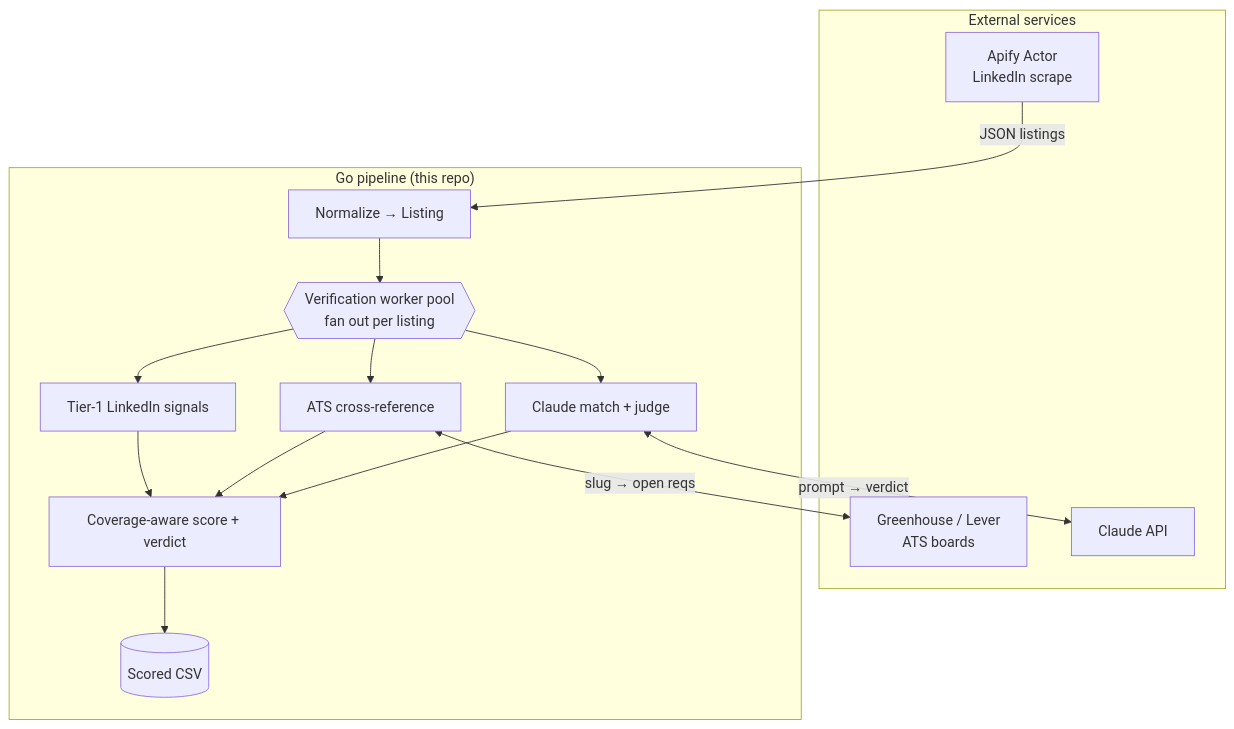
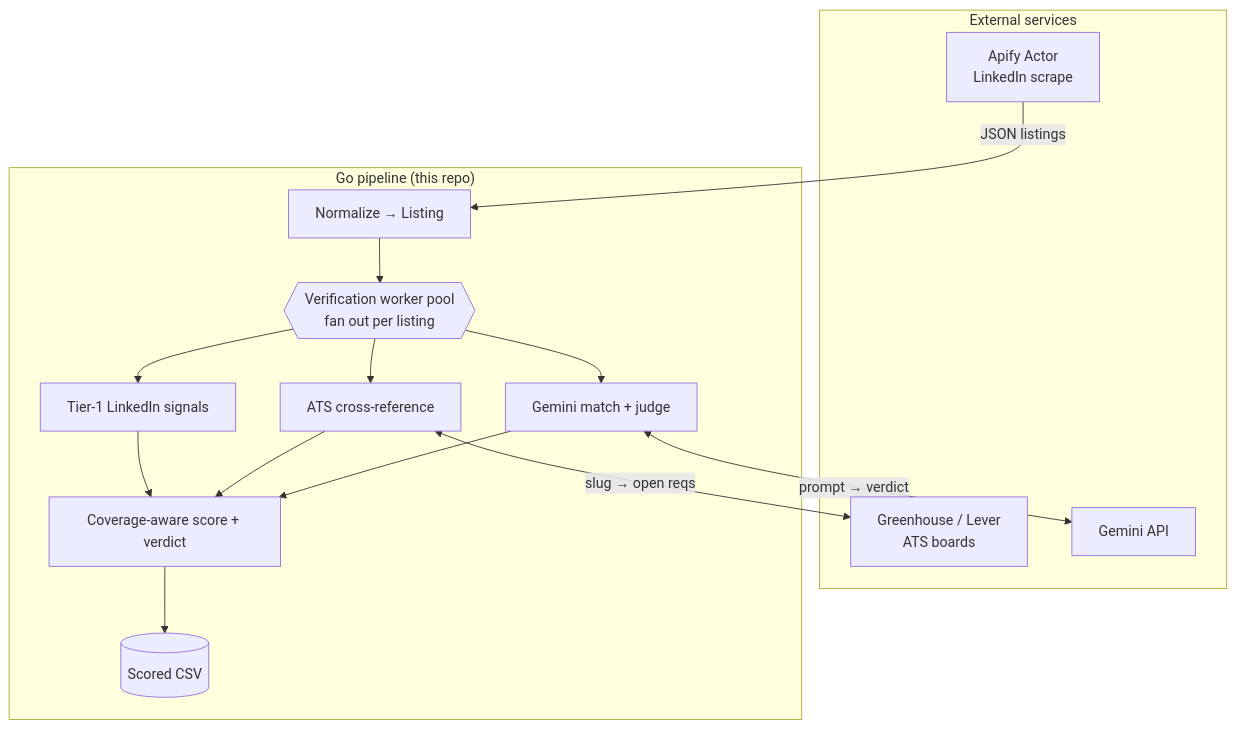
The diagram in README.md (AndresI19/Job-Search-Go), drawn with Mermaid before and after one commit. The commit also changed other lines of this file and 7 other files, not shown here.

First line of the commit message:
judge: add a Gemini backend so the service runs on one model (#132)

````diff
--- a/README.md
+++ b/README.md
@@ -13,30 +13,30 @@
 ```mermaid
 flowchart TD
     subgraph cloud["External services"]
         APIFY["Apify Actor<br/>LinkedIn scrape"]
         ATSAPI["Greenhouse / Lever<br/>ATS boards"]
-        CLAUDEAPI["Claude API"]
+        GEMINIAPI["Gemini API"]
     end
 
     subgraph go["Go pipeline (this repo)"]
         NORM["Normalize → Listing"]
         POOL{{"Verification worker pool<br/>fan out per listing"}}
         SIG["Tier-1 LinkedIn signals"]
         XREF["ATS cross-reference"]
-        JUDGE["Claude match + judge"]
+        JUDGE["Gemini match + judge"]
         SCORE["Coverage-aware score + verdict"]
         CSV[("Scored CSV")]
     end
 
     APIFY -->|JSON listings| NORM
     NORM --> POOL
     POOL --> SIG
     POOL --> XREF
     POOL --> JUDGE
     XREF <-->|slug → open reqs| ATSAPI
-    JUDGE <-->|prompt → verdict| CLAUDEAPI
+    JUDGE <-->|prompt → verdict| GEMINIAPI
     SIG --> SCORE
     XREF --> SCORE
     JUDGE --> SCORE
     SCORE --> CSV
 ```
````
